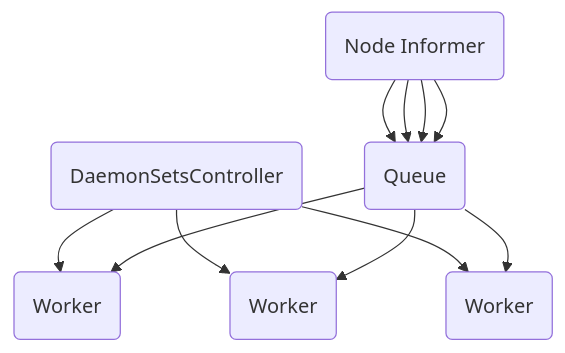
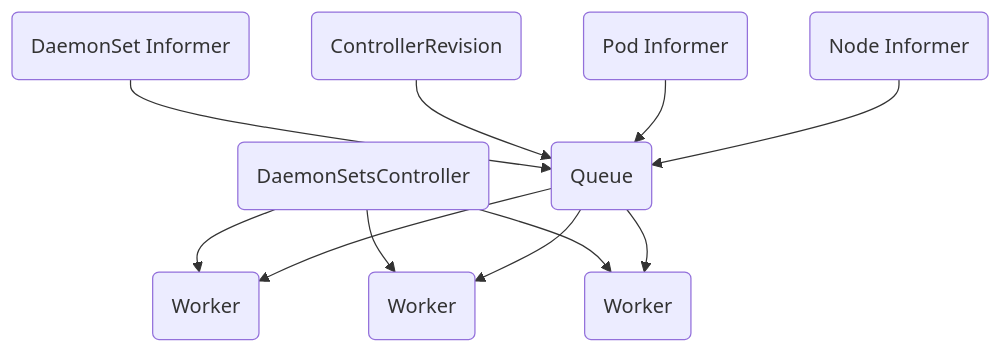
One commit to zyt312074545/zyt312074545.github.io changed the fifth of 5 diagrams in _posts/2019-04-03-Kubernetes-2.md. Above: the diagram before and after it, drawn with Mermaid.

Commit message:
update error

````diff
--- a/_posts/2019-04-03-Kubernetes-2.md
+++ b/_posts/2019-04-03-Kubernetes-2.md
@@ -228,13 +228,13 @@
 ```mermaid
     graph TD;
         A(DaemonSetsController) --> B(Worker);
         A(DaemonSetsController) --> C(Worker);
         A(DaemonSetsController) --> D(Worker);
         E(Queue) --> B(Worker);
         E(Queue) --> C(Worker);
         E(Queue) --> D(Worker);
         F(DaemonSet Informer) --> E(Queue);
-        F(ControllerRevision) --> E(Queue);
-        F(Pod Informer) --> E(Queue);
-        F(Node Informer) --> E(Queue);
+        G(ControllerRevision) --> E(Queue);
+        H(Pod Informer) --> E(Queue);
+        I(Node Informer) --> E(Queue);
 ```
````
